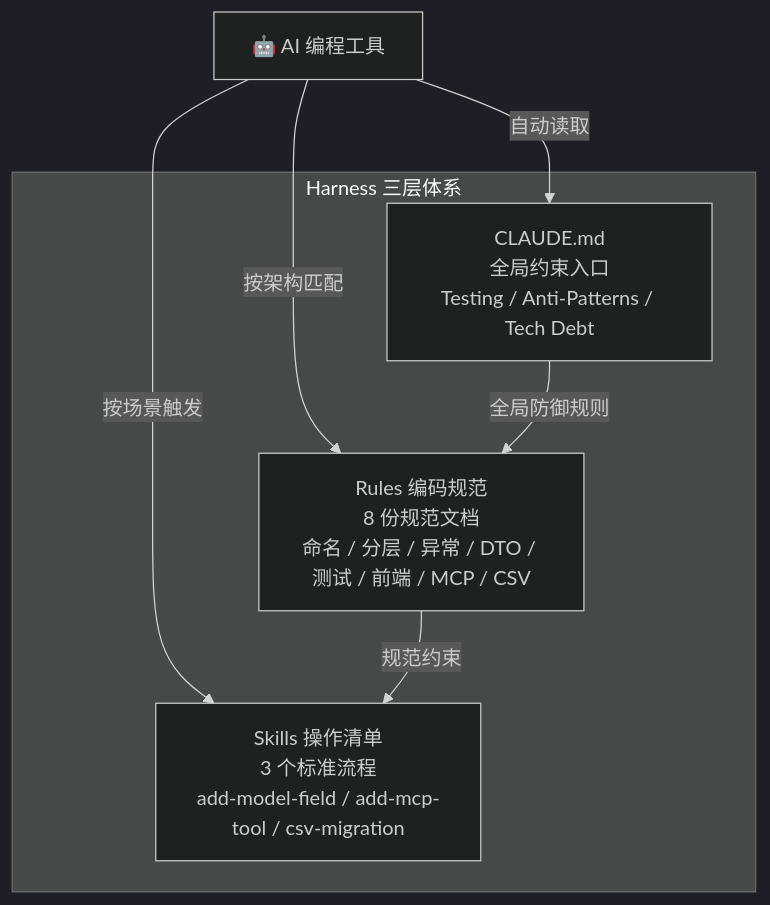
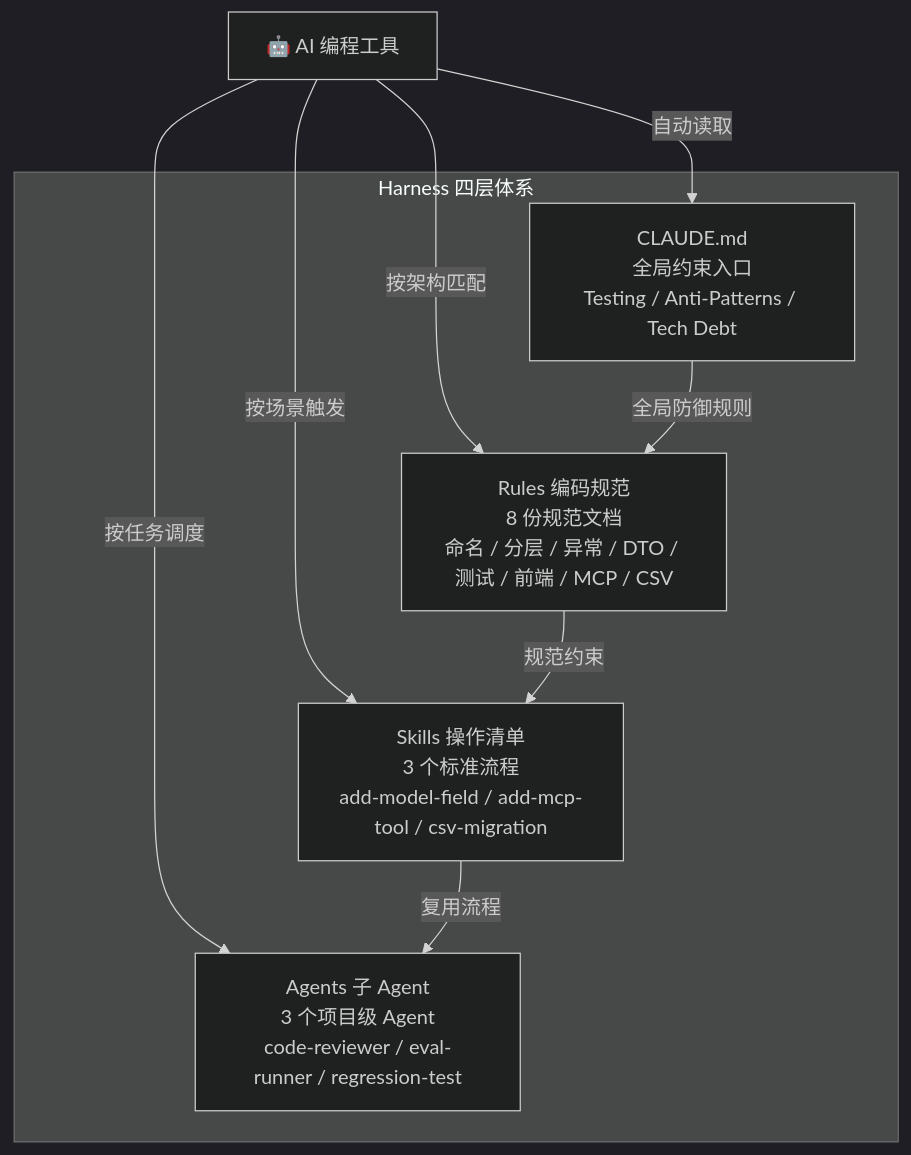
Before and after one commit to reallyhwc/test-learn-agent: the seventh of 13 diagrams in README.md, drawn with Mermaid (dark theme). The commit also changed other lines of this file and 2 other files, not shown here.

First line of the commit message:
docs: 更新架构文档，反映项目级子 Agent 拆分

````diff
--- a/README.md
+++ b/README.md
@@ -478,16 +484,19 @@
 ```mermaid
 graph TB
-    subgraph "Harness 三层体系"
+    subgraph "Harness 四层体系"
         CLAUDE["CLAUDE.md<br/>全局约束入口<br/>Testing / Anti-Patterns / Tech Debt"]
         RULES["Rules 编码规范<br/>8 份规范文档<br/>命名 / 分层 / 异常 / DTO / 测试 / 前端 / MCP / CSV"]
         SKILLS["Skills 操作清单<br/>3 个标准流程<br/>add-model-field / add-mcp-tool / csv-migration"]
+        AGENTS["Agents 子 Agent<br/>3 个项目级 Agent<br/>code-reviewer / eval-runner / regression-test"]
     end
 
     AI["🤖 AI 编程工具"]
     AI -->|"自动读取"| CLAUDE
     AI -->|"按架构匹配"| RULES
     AI -->|"按场景触发"| SKILLS
+    AI -->|"按任务调度"| AGENTS
 
     CLAUDE -->|"全局防御规则"| RULES
     RULES -->|"规范约束"| SKILLS
+    SKILLS -->|"复用流程"| AGENTS
 ```
````
